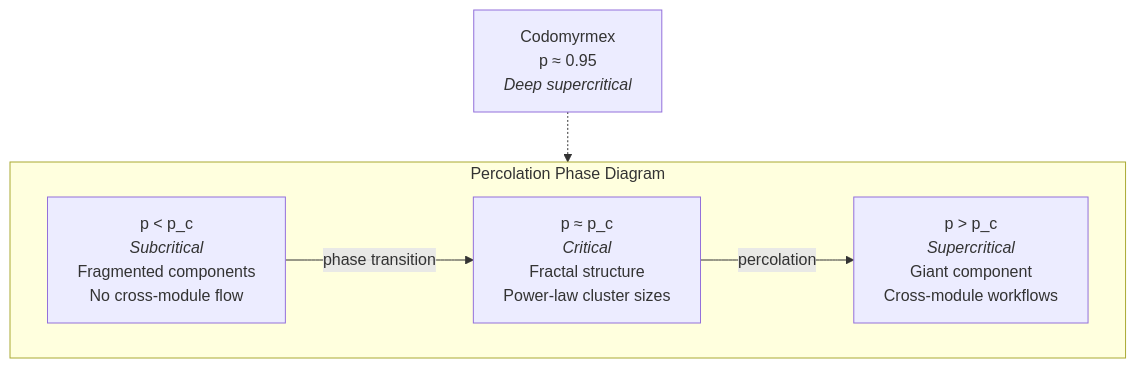
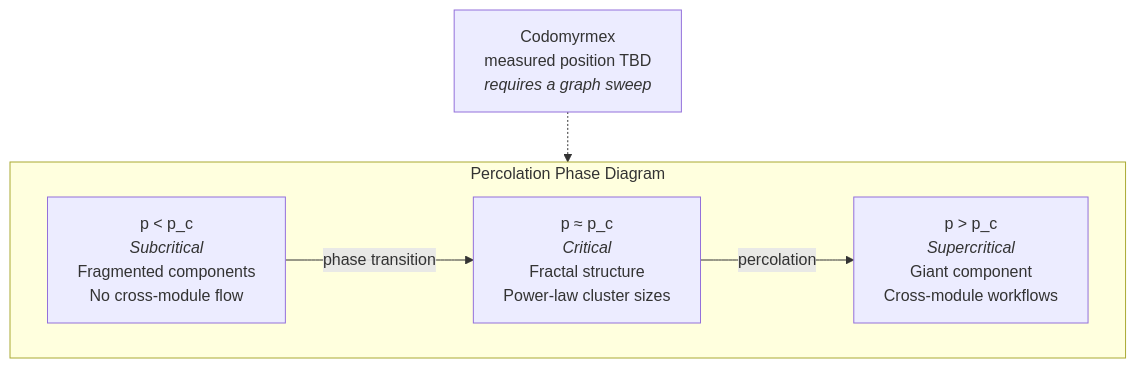
The diagram in docs/agi/emergence_and_scale.md (docxology/codomyrmex), drawn with Mermaid before and after one commit. The commit also changed other lines of this file and 287 other files, not shown here.

````diff
--- a/docs/agi/emergence_and_scale.md
+++ b/docs/agi/emergence_and_scale.md
@@ -23,14 +35,14 @@
 ```mermaid
 graph TB
     subgraph PERCOLATION["Percolation Phase Diagram"]
         direction LR
         SUB["p < p_c<br/><i>Subcritical</i><br/>Fragmented components<br/>No cross-module flow"]
         CRIT["p ≈ p_c<br/><i>Critical</i><br/>Fractal structure<br/>Power-law cluster sizes"]
         SUPER["p > p_c<br/><i>Supercritical</i><br/>Giant component<br/>Cross-module workflows"]
     end
 
     SUB -->|"phase transition"| CRIT -->|"percolation"| SUPER
 
-    CDM["Codomyrmex<br/>p ≈ 0.95<br/><i>Deep supercritical</i>"]
-    CDM -.-> SUPER
+    CDM["Codomyrmex<br/>measured position TBD<br/><i>requires a graph sweep</i>"]
+    CDM -.-> CRIT
 ```
````
